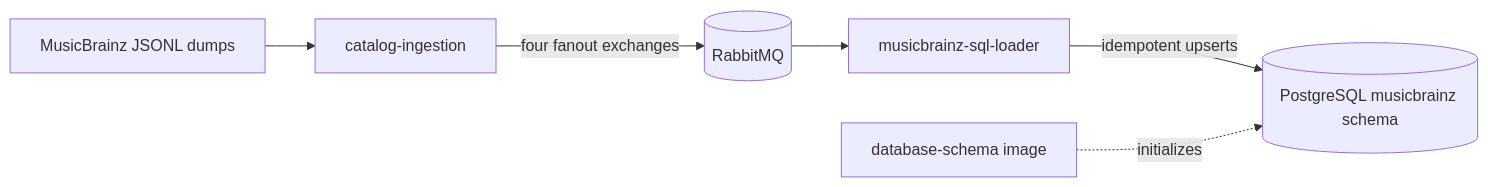
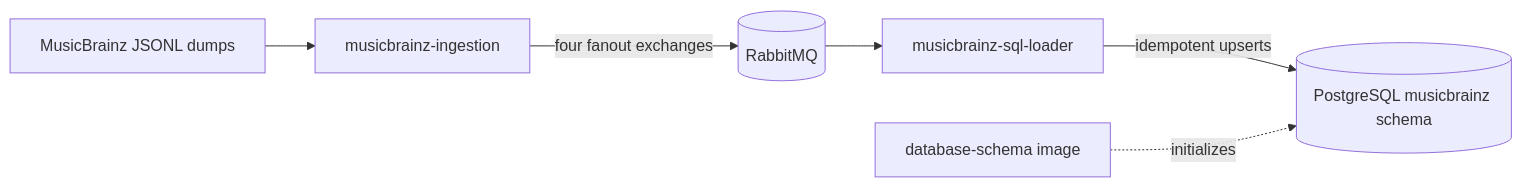
Before and after one commit to groovemap-music/musicbrainz-sql-loader: the diagram in README.md, drawn with Mermaid. The commit also changed other lines of this file and 8 other files, not shown here.

Commit message:
docs(sql): focus MusicBrainz loader boundary

````diff
--- a/README.md
+++ b/README.md
@@ -8,8 +8,8 @@
 ```mermaid
 flowchart LR
-    Dumps[MusicBrainz JSONL dumps] --> Ingestion[catalog-ingestion]
+    Dumps[MusicBrainz JSONL dumps] --> Ingestion[musicbrainz-ingestion]
     Ingestion -->|four fanout exchanges| RabbitMQ[(RabbitMQ)]
     RabbitMQ --> Loader[musicbrainz-sql-loader]
     Loader -->|idempotent upserts| PostgreSQL[(PostgreSQL musicbrainz schema)]
     Schema[database-schema image] -. initializes .-> PostgreSQL
 ```
````
